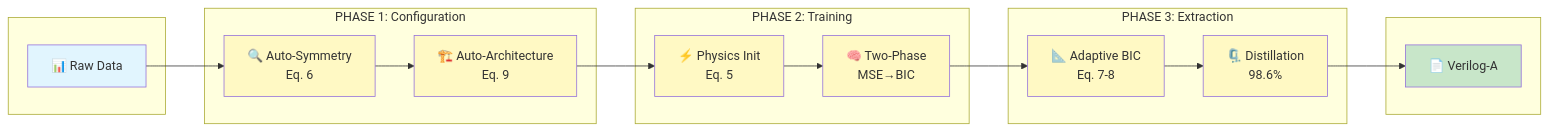
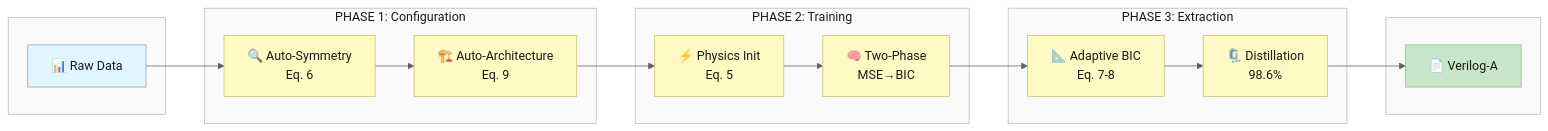
One commit to jurjsorinliviu/Psi-Vortex changed the first of 7 diagrams in README.md. Above: the diagram before and after it, drawn with Mermaid. The commit also changed other lines of this file, not shown here.

````diff
--- a/README.md
+++ b/README.md
@@ -20,36 +16,37 @@
 ```mermaid
+%%{init: {'theme':'base','themeVariables':{'primaryTextColor':'#1a1a1a','lineColor':'#616161','edgeLabelBackground':'#ffffff','clusterBkg':'#fafafa','clusterBorder':'#bdbdbd','titleColor':'#1a1a1a'}}}%%
 flowchart LR
     subgraph IN[" "]
         A["📊 Raw Data"]
     end
     
     subgraph P1["PHASE 1: Configuration"]
         B["🔍 Auto-Symmetry<br>Eq. 6"]
         C["🏗️ Auto-Architecture<br>Eq. 9"]
     end
     
     subgraph P2["PHASE 2: Training"]
         D["⚡ Physics Init<br>Eq. 5"]
         E["🧠 Two-Phase<br>MSE→BIC"]
     end
     
     subgraph P3["PHASE 3: Extraction"]
         F["📐 Adaptive BIC<br>Eq. 7-8"]
         G["🗜️ Distillation<br>98.6%"]
     end
     
     subgraph OUT[" "]
         H["📄 Verilog-A"]
     end
     
     A --> B --> C --> D --> E --> F --> G --> H
     
-    style A fill:#e1f5fe
-    style H fill:#c8e6c9
-    style B fill:#fff9c4
-    style C fill:#fff9c4
-    style D fill:#fff9c4
-    style E fill:#fff9c4
-    style F fill:#fff9c4
-    style G fill:#fff9c4
+    style A fill:#e1f5fe,color:#1a1a1a,stroke:#90a4ae
+    style H fill:#c8e6c9,color:#1a1a1a,stroke:#81c784
+    style B fill:#fff9c4,color:#1a1a1a,stroke:#cbc26d
+    style C fill:#fff9c4,color:#1a1a1a,stroke:#cbc26d
+    style D fill:#fff9c4,color:#1a1a1a,stroke:#cbc26d
+    style E fill:#fff9c4,color:#1a1a1a,stroke:#cbc26d
+    style F fill:#fff9c4,color:#1a1a1a,stroke:#cbc26d
+    style G fill:#fff9c4,color:#1a1a1a,stroke:#cbc26d
 ```
````
